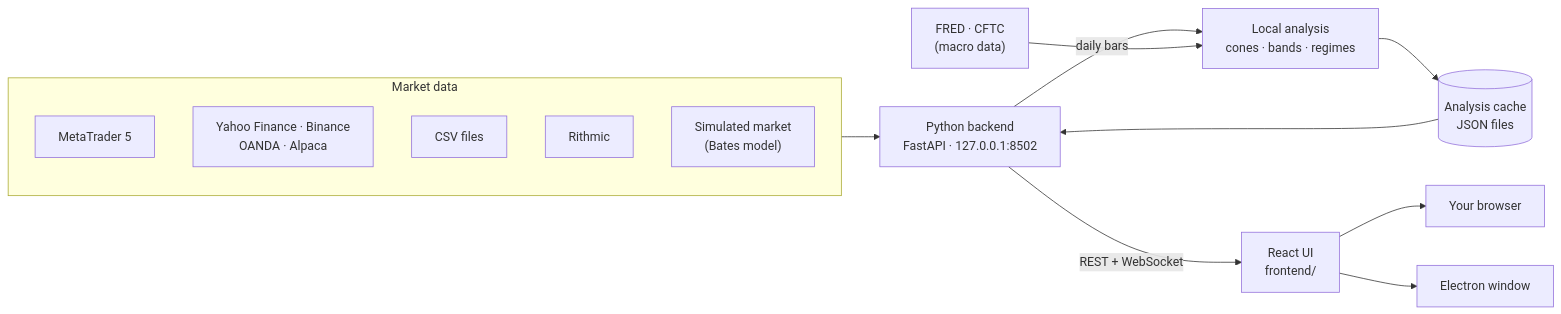
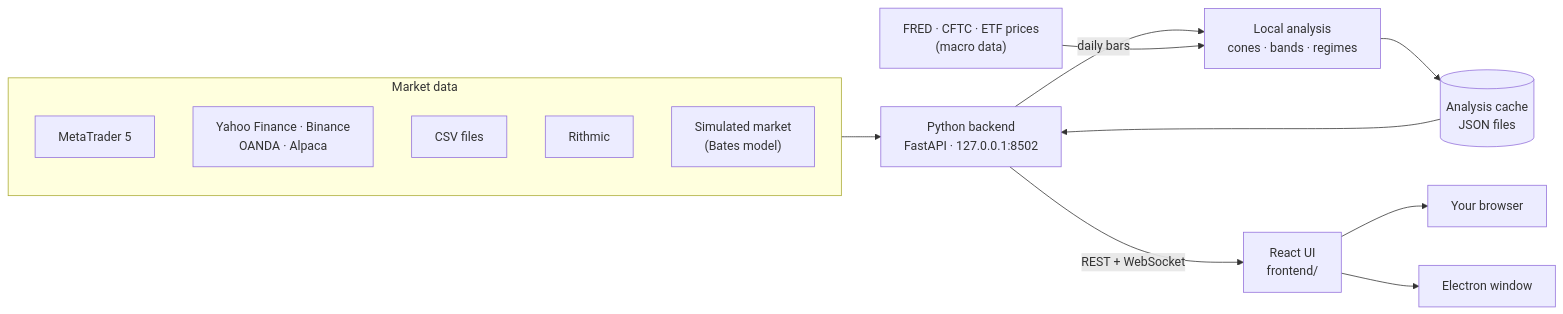
The diagram in README.md (wJubran/QuantumTerminal), drawn with Mermaid before and after one commit. The commit also changed other lines of this file and 14 other files, not shown here.

First line of the commit message:
feat: the MONEY FLOW page from ETF prices and volumes

````diff
--- a/README.md
+++ b/README.md
@@ -467,19 +490,19 @@
 ```mermaid
 flowchart LR
     subgraph feeds["Market data"]
         MT5["MetaTrader 5"]
         NET["Yahoo Finance · Binance<br/>OANDA · Alpaca"]
         CSV["CSV files"]
         RITH["Rithmic"]
         SIM["Simulated market<br/>(Bates model)"]
     end
     CACHE[("Analysis cache<br/>JSON files")]
     feeds --> API["Python backend<br/>FastAPI · 127.0.0.1:8502"]
     API -- "daily bars" --> ENGINE["Local analysis<br/>cones · bands · regimes"]
-    FRED["FRED · CFTC<br/>(macro data)"] --> ENGINE
+    FRED["FRED · CFTC · ETF prices<br/>(macro data)"] --> ENGINE
     ENGINE --> CACHE
     CACHE --> API
     API -- "REST + WebSocket" --> UI["React UI<br/>frontend/"]
     UI --> BROWSER["Your browser"]
     UI --> ELECTRON["Electron window"]
 ```
````
